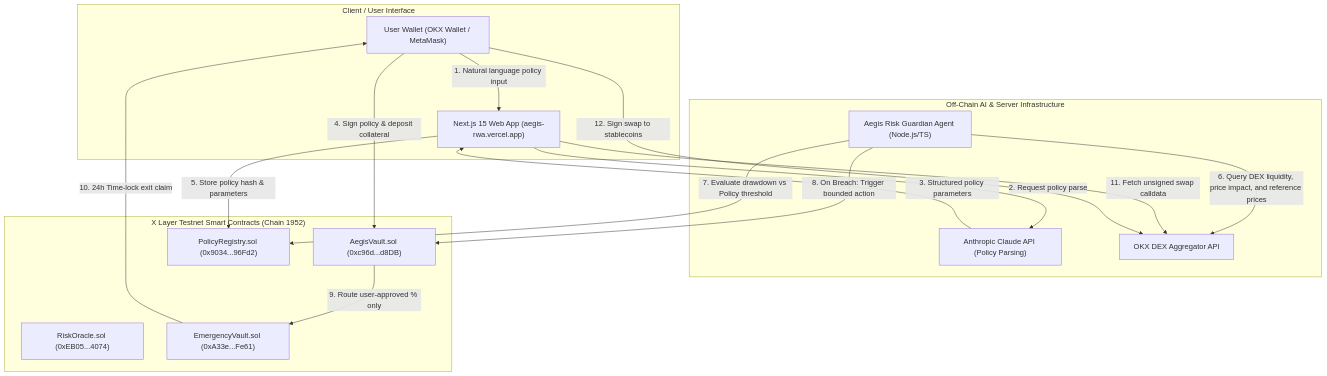
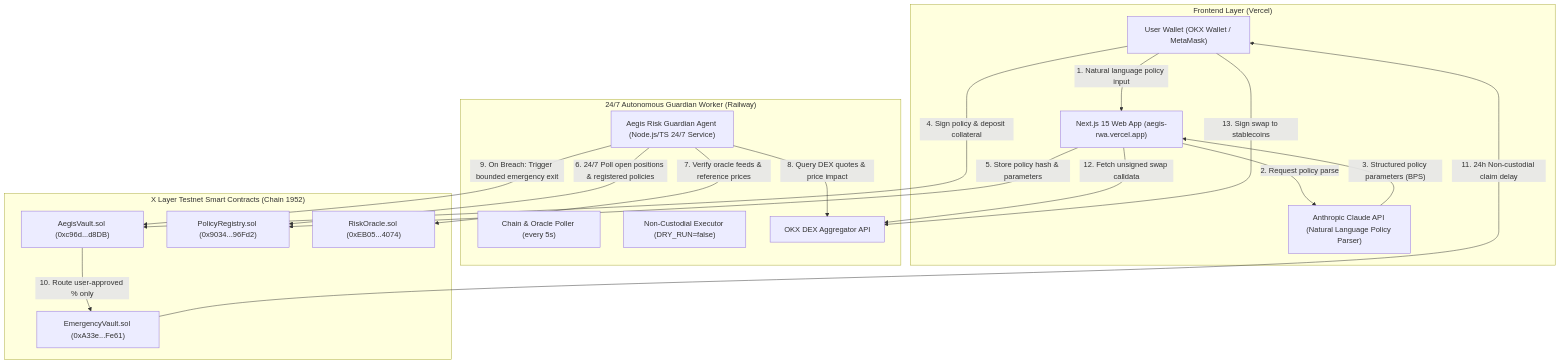
One commit to Ultraviolet01/Aegis changed the diagram in README.md. Above: the diagram before and after it, drawn with Mermaid. The commit also changed other lines of this file, not shown here.

Commit message:
docs: document Railway 24/7 worker role, live breach testing flow, and stale price discipline

````diff
--- a/README.md
+++ b/README.md
@@ -25,36 +25,39 @@
 ```mermaid
 graph TD
-    subgraph "Client / User Interface"
+    subgraph "Frontend Layer (Vercel)"
         User["User Wallet (OKX Wallet / MetaMask)"]
         Dashboard["Next.js 15 Web App (aegis-rwa.vercel.app)"]
+        LLM["Anthropic Claude API (Natural Language Policy Parser)"]
     end
 
-    subgraph "Off-Chain AI & Server Infrastructure"
-        LLM["Anthropic Claude API (Policy Parsing)"]
-        Agent["Aegis Risk Guardian Agent (Node.js/TS)"]
+    subgraph "24/7 Autonomous Guardian Worker (Railway)"
+        Agent["Aegis Risk Guardian Agent (Node.js/TS 24/7 Service)"]
+        Monitor["Chain & Oracle Poller (every 5s)"]
+        Executor["Non-Custodial Executor (DRY_RUN=false)"]
         OKX_API["OKX DEX Aggregator API"]
     end
 
     subgraph "X Layer Testnet Smart Contracts (Chain 1952)"
         Vault["AegisVault.sol (0xc96d...d8DB)"]
         Registry["PolicyRegistry.sol (0x9034...96Fd2)"]
         Oracle["RiskOracle.sol (0xEB05...4074)"]
         EVault["EmergencyVault.sol (0xA33e...Fe61)"]
     end
 
     User -->|"1. Natural language policy input"| Dashboard
     Dashboard -->|"2. Request policy parse"| LLM
-    LLM -->|"3. Structured policy parameters"| Dashboard
+    LLM -->|"3. Structured policy parameters (BPS)"| Dashboard
     User -->|"4. Sign policy & deposit collateral"| Vault
     Dashboard -->|"5. Store policy hash & parameters"| Registry
 
-    Agent -->|"6. Query DEX liquidity, price impact, and reference prices"| OKX_API
-    Agent -->|"7. Evaluate drawdown vs Policy threshold"| Registry
+    Agent -->|"6. 24/7 Poll open positions & registered policies"| Registry
+    Agent -->|"7. Verify oracle feeds & reference prices"| Oracle
+    Agent -->|"8. Query DEX quotes & price impact"| OKX_API
 
-    Agent --"8. On Breach: Trigger bounded action"--> Vault
-    Vault --"9. Route user-approved % only"--> EVault
-    EVault --"10. 24h Time-lock exit claim"--> User
+    Agent --"9. On Breach: Trigger bounded emergency exit"--> Vault
+    Vault --"10. Route user-approved % only"--> EVault
+    EVault --"11. 24h Non-custodial claim delay"--> User
 
-    Dashboard --"11. Fetch unsigned swap calldata"--> OKX_API
-    User --"12. Sign swap to stablecoins"--> OKX_API
+    Dashboard --"12. Fetch unsigned swap calldata"--> OKX_API
+    User --"13. Sign swap to stablecoins"--> OKX_API
 ```
````
